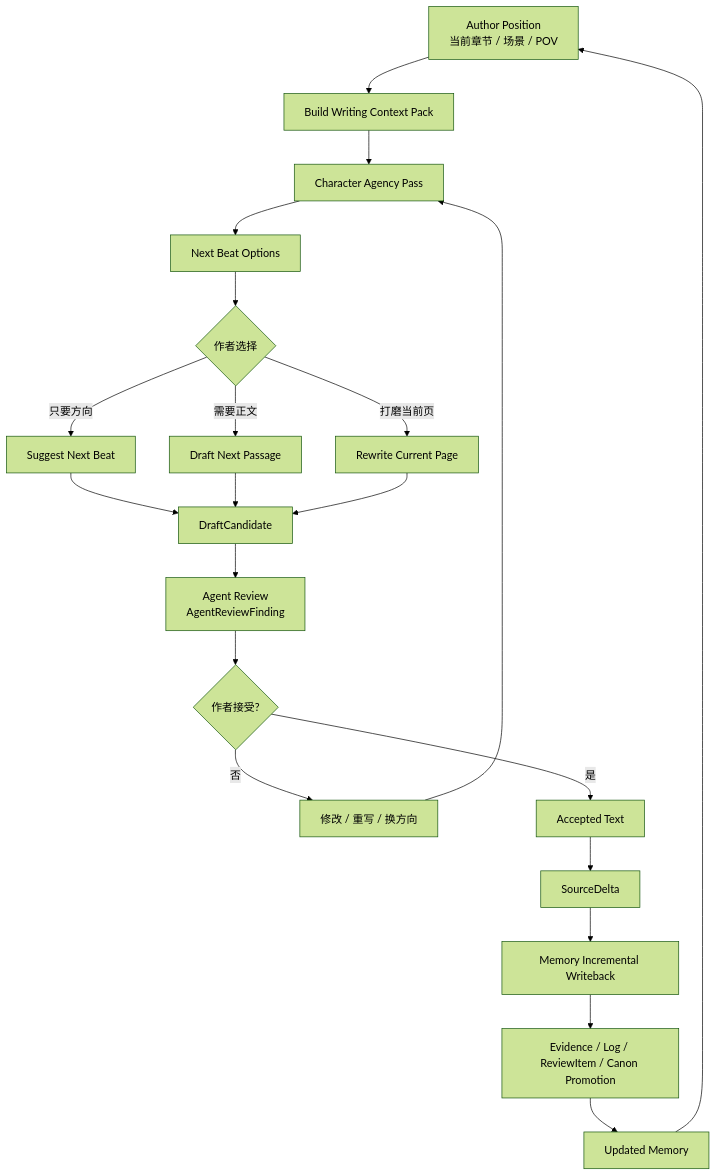
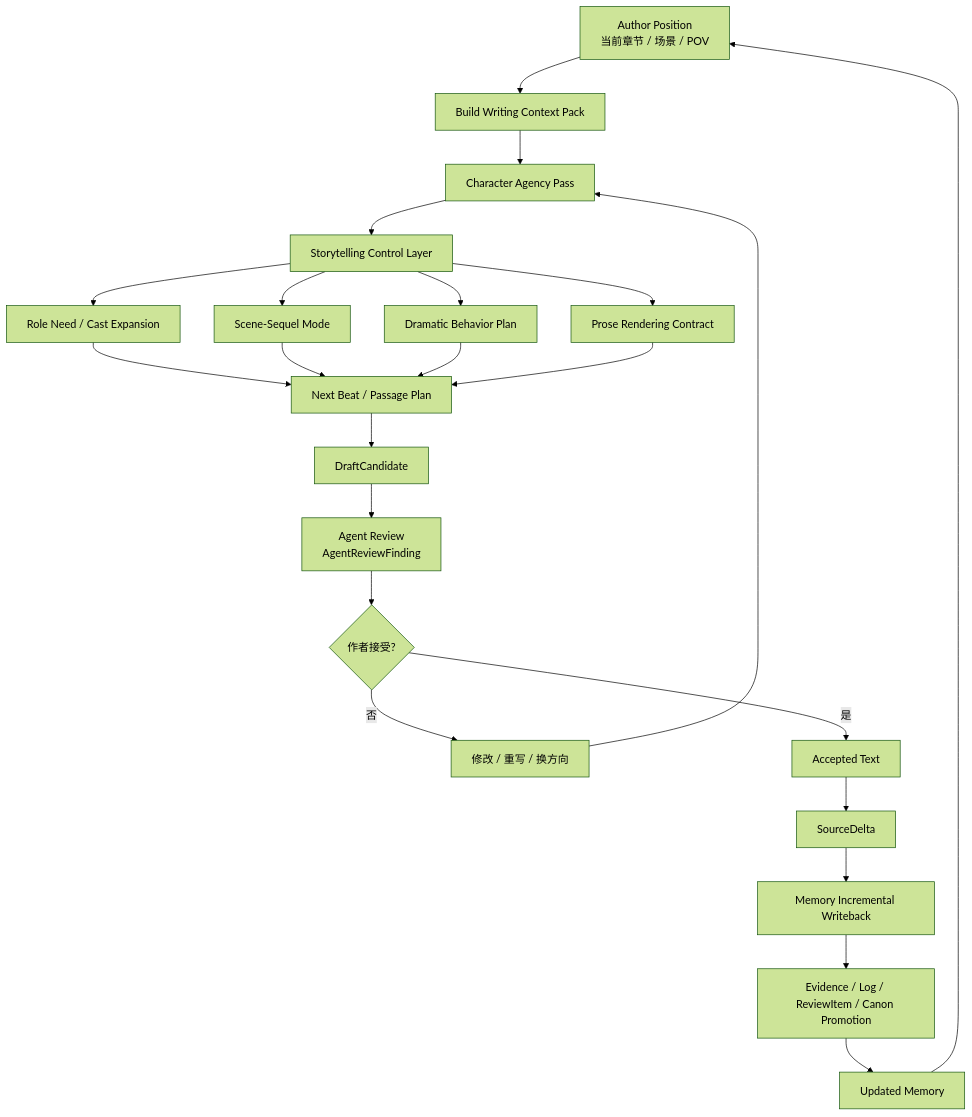
Before and after one commit to FrankQDWang/sextantlabs: the first of 2 diagrams in AGENT_GOAL.md, drawn with Mermaid (forest theme). The commit also changed other lines of this file, not shown here.

Commit message:
Add storytelling control layer to agent goal

````diff
--- a/AGENT_GOAL.md
+++ b/AGENT_GOAL.md
@@ -40,23 +41,25 @@
 ```mermaid
 flowchart TD
     A[Author Position\n当前章节 / 场景 / POV] --> B[Build Writing Context Pack]
     B --> C[Character Agency Pass]
-    C --> D[Next Beat Options]
-    D --> E{作者选择}
-    E -->|只要方向| F[Suggest Next Beat]
-    E -->|需要正文| G[Draft Next Passage]
-    E -->|打磨当前页| H[Rewrite Current Page]
-    F --> I[DraftCandidate]
+    C --> D[Storytelling Control Layer]
+    D --> E[Role Need / Cast Expansion]
+    D --> F[Scene-Sequel Mode]
+    D --> G[Dramatic Behavior Plan]
+    D --> H[Prose Rendering Contract]
+    E --> I[Next Beat / Passage Plan]
+    F --> I
     G --> I
     H --> I
-    I --> J[Agent Review\nAgentReviewFinding]
-    J --> K{作者接受?}
-    K -->|否| L[修改 / 重写 / 换方向]
-    L --> C
-    K -->|是| M[Accepted Text]
-    M --> N[SourceDelta]
-    N --> O[Memory Incremental Writeback]
-    O --> P[Evidence / Log / ReviewItem / Canon Promotion]
-    P --> Q[Updated Memory]
-    Q --> A
+    I --> J[DraftCandidate]
+    J --> K[Agent Review\nAgentReviewFinding]
+    K --> L{作者接受?}
+    L -->|否| M[修改 / 重写 / 换方向]
+    M --> C
+    L -->|是| N[Accepted Text]
+    N --> O[SourceDelta]
+    O --> P[Memory Incremental Writeback]
+    P --> Q[Evidence / Log / ReviewItem / Canon Promotion]
+    Q --> R[Updated Memory]
+    R --> A
 ```
````
